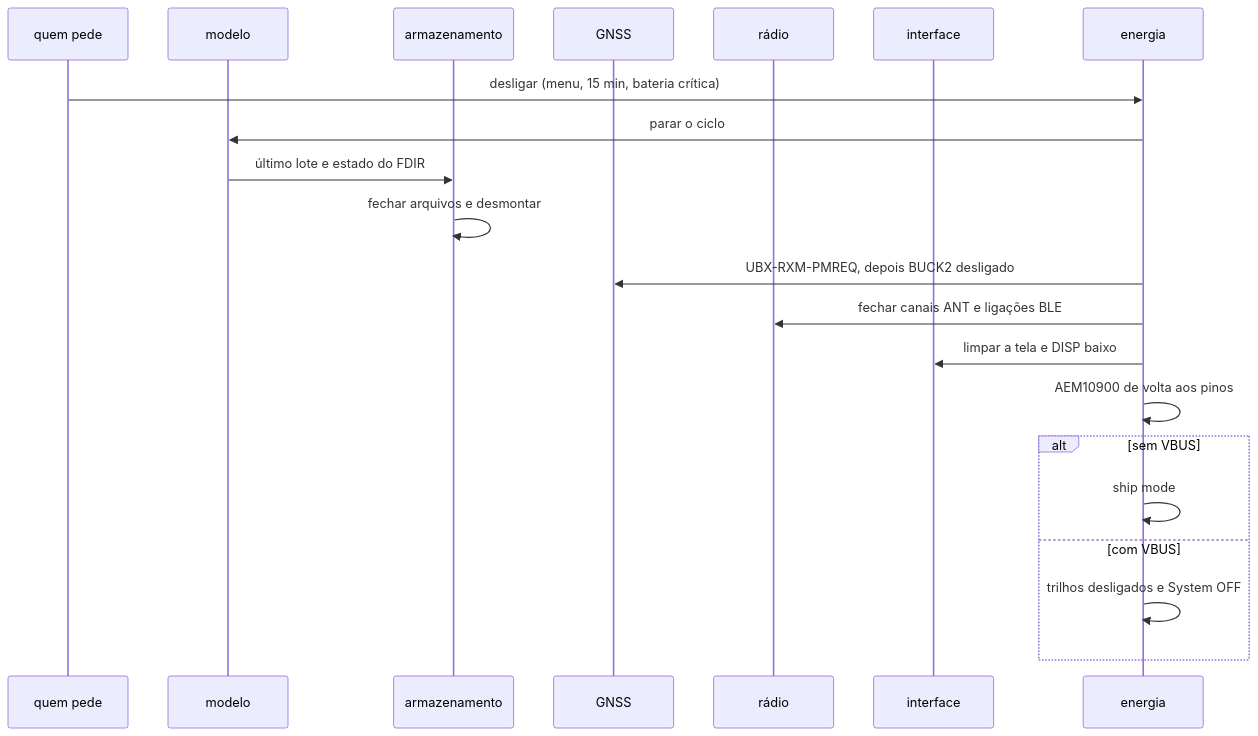
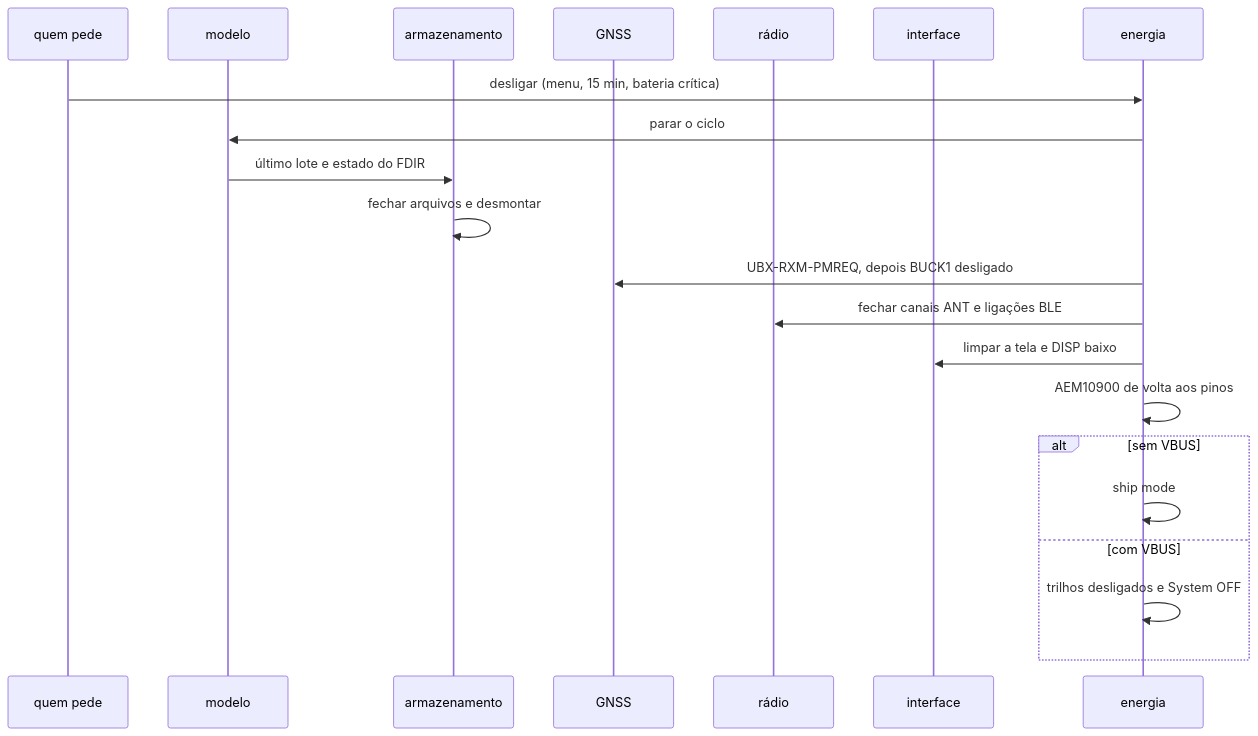
Before and after one commit to Guiimartinho/gnss-bike-computer: diagram 12 of 13 in docs/16-arquitetura-firmware.md, drawn with Mermaid. The commit also changed other lines of this file and 13 other files, not shown here.

````diff
--- a/docs/16-arquitetura-firmware.md
+++ b/docs/16-arquitetura-firmware.md
@@ -366,23 +366,23 @@
 ```mermaid
 sequenceDiagram
     participant X as quem pede
     participant M as modelo
     participant S as armazenamento
     participant G as GNSS
     participant R as rádio
     participant U as interface
     participant E as energia
     X->>E: desligar (menu, 15 min, bateria crítica)
     E->>M: parar o ciclo
     M->>S: último lote e estado do FDIR
     S->>S: fechar arquivos e desmontar
-    E->>G: UBX-RXM-PMREQ, depois BUCK2 desligado
+    E->>G: UBX-RXM-PMREQ, depois BUCK1 desligado
     E->>R: fechar canais ANT e ligações BLE
     E->>U: limpar a tela e DISP baixo
     E->>E: AEM10900 de volta aos pinos
     alt sem VBUS
         E->>E: ship mode
     else com VBUS
         E->>E: trilhos desligados e System OFF
     end
 ```
````
